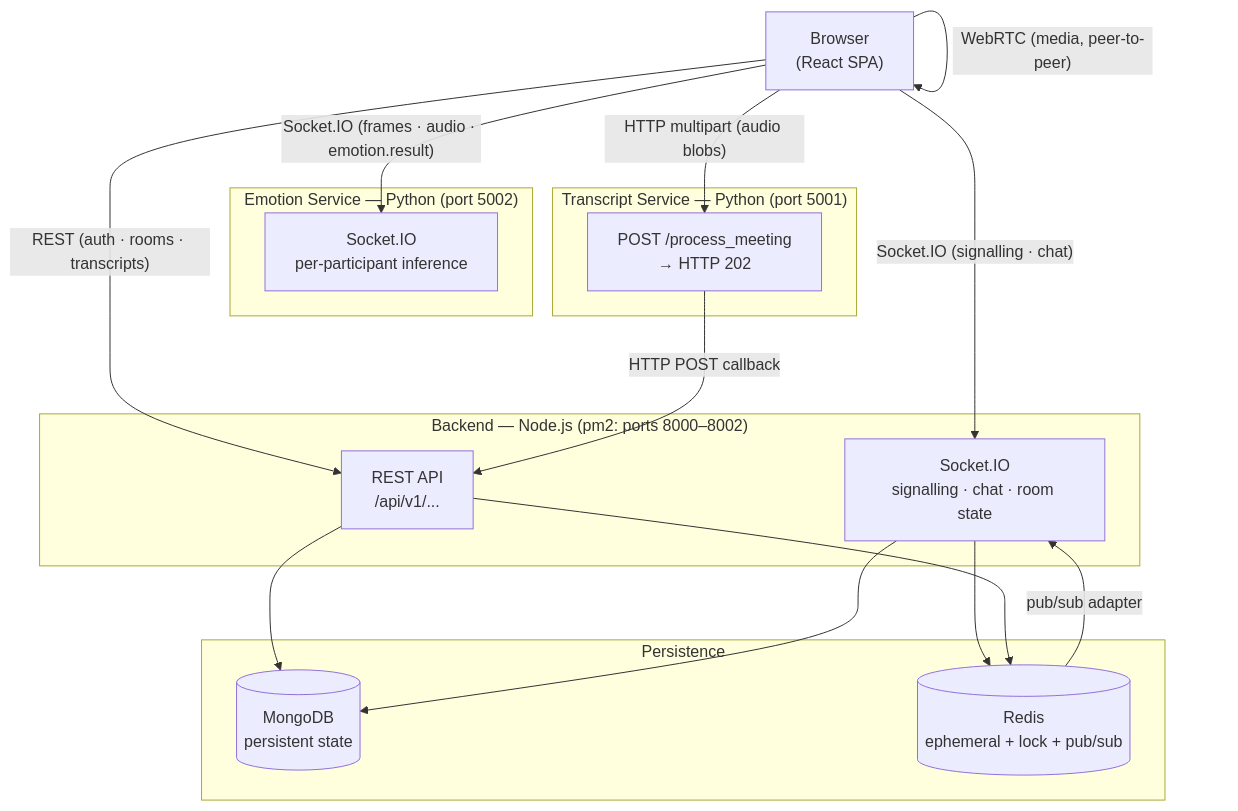
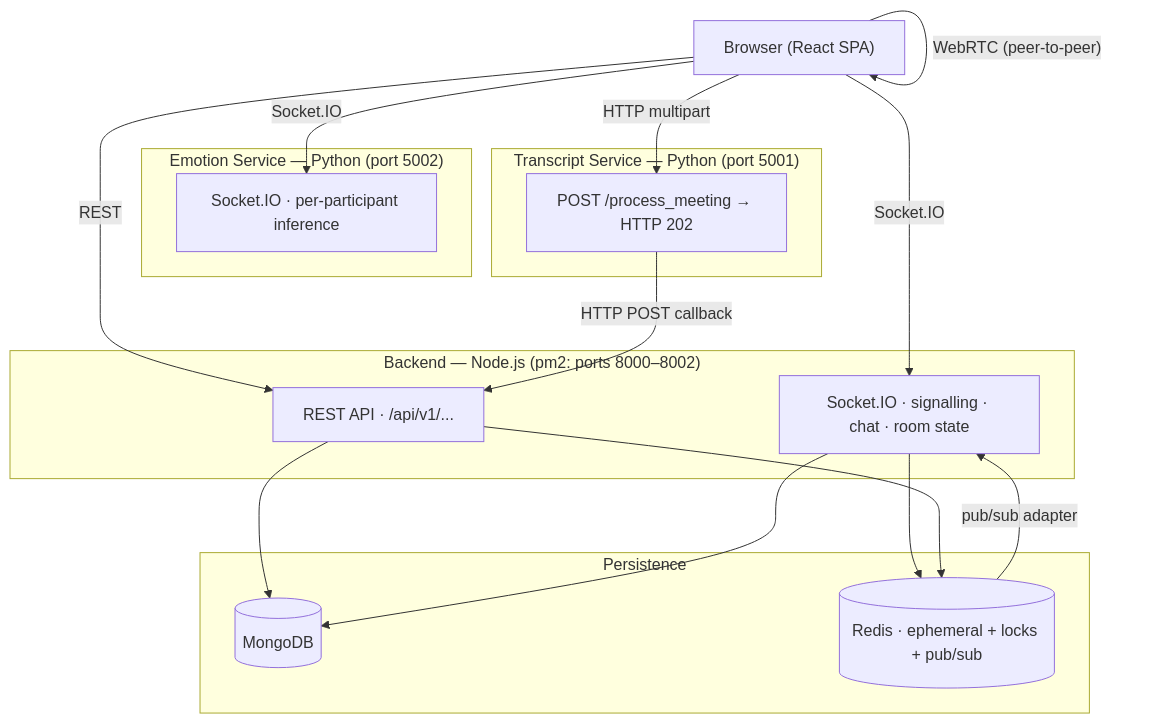
The first of 3 diagrams in README.md (AnupamKumar-1/Hoovik), drawn with Mermaid before and after one commit. The commit also changed other lines of this file, not shown here.

````diff
--- a/README.md
+++ b/README.md
@@ -198,37 +151,34 @@
 ```mermaid
 graph TD
-    Browser["Browser\n(React SPA)"]
+    Browser["Browser (React SPA)"]
 
     subgraph Backend ["Backend — Node.js (pm2: ports 8000–8002)"]
-        SIO_B["Socket.IO\nsignalling · chat · room state"]
-        REST["REST API\n/api/v1/..."]
+        SIO_B["Socket.IO · signalling · chat · room state"]
+        REST["REST API · /api/v1/..."]
     end
 
     subgraph EmotionSvc ["Emotion Service — Python (port 5002)"]
-        SIO_E["Socket.IO\nper-participant inference"]
+        SIO_E["Socket.IO · per-participant inference"]
     end
 
     subgraph TranscriptSvc ["Transcript Service — Python (port 5001)"]
-        HTTP_T["POST /process_meeting\n→ HTTP 202"]
+        HTTP_T["POST /process_meeting → HTTP 202"]
     end
 
     subgraph Persistence
-        Mongo[("MongoDB\npersistent state")]
-        Redis[("Redis\nephemeral + lock + pub/sub")]
+        Mongo[("MongoDB")]
+        Redis[("Redis · ephemeral + locks + pub/sub")]
     end
 
-    Browser -- "WebRTC (media, peer-to-peer)" --> Browser
-    Browser -- "Socket.IO (signalling · chat)" --> SIO_B
-    Browser -- "REST (auth · rooms · transcripts)" --> REST
-    Browser -- "Socket.IO (frames · audio · emotion.result)" --> SIO_E
-    Browser -- "HTTP multipart (audio blobs)" --> HTTP_T
+    Browser -- "WebRTC (peer-to-peer)" --> Browser
+    Browser -- "Socket.IO" --> SIO_B
+    Browser -- "REST" --> REST
+    Browser -- "Socket.IO" --> SIO_E
+    Browser -- "HTTP multipart" --> HTTP_T
 
     SIO_B --> Redis
-    REST --> Mongo
-    REST --> Redis
+    REST --> Mongo & Redis
     SIO_B --> Mongo
-
     HTTP_T -- "HTTP POST callback" --> REST
-
     Redis -- "pub/sub adapter" --> SIO_B
 ```
````
